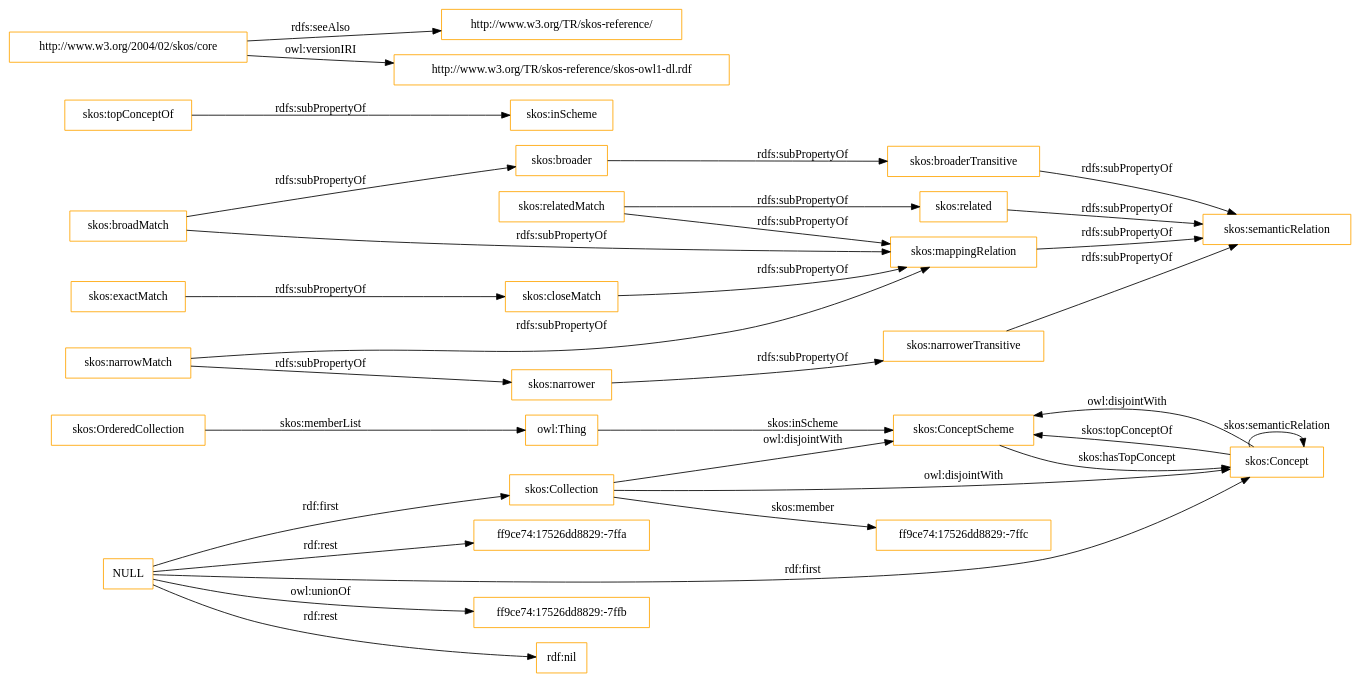
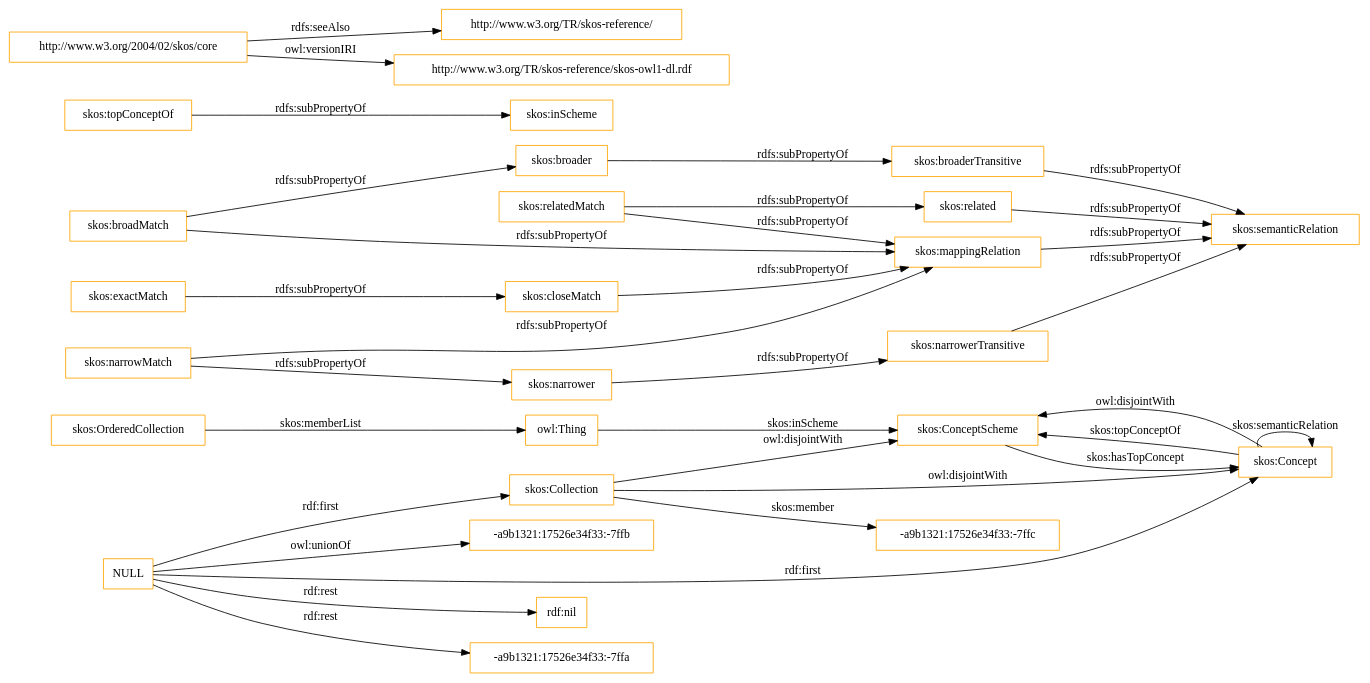
Before and after one commit to OnToologyUser/core-ontology-1: the diagram in OnToology/imports/skos.owl/diagrams/ar2dtool-class/skos.owl.png.dot, drawn with Graphviz. The commit also changed 14 other files, not shown here.

```diff
--- a/OnToology/imports/skos.owl/diagrams/ar2dtool-class/skos.owl.png.dot
+++ b/OnToology/imports/skos.owl/diagrams/ar2dtool-class/skos.owl.png.dot
@@ -1,37 +1,37 @@
 digraph ar2dtool_diagram { 
 rankdir=LR;
 size="1501"
-node [shape = rectangle, color="orange"]; "skos:OrderedCollection" "skos:ConceptScheme" "skos:Concept" "skos:Collection" "ff9ce74:17526dd8829:-7ffc" ; /*classes style*/
+node [shape = rectangle, color="orange"]; "skos:OrderedCollection" "skos:ConceptScheme" "skos:Concept" "skos:Collection" "-a9b1321:17526e34f33:-7ffc" ; /*classes style*/
 	"skos:narrowerTransitive" -> "skos:semanticRelation" [ label = "rdfs:subPropertyOf" ];
-	"NULL" -> "ff9ce74:17526dd8829:-7ffb" [ label = "owl:unionOf" ];
 	"NULL" -> "rdf:nil" [ label = "rdf:rest" ];
 	"NULL" -> "skos:Concept" [ label = "rdf:first" ];
-	"NULL" -> "ff9ce74:17526dd8829:-7ffa" [ label = "rdf:rest" ];
+	"NULL" -> "-a9b1321:17526e34f33:-7ffa" [ label = "rdf:rest" ];
 	"NULL" -> "skos:Collection" [ label = "rdf:first" ];
+	"NULL" -> "-a9b1321:17526e34f33:-7ffb" [ label = "owl:unionOf" ];
 	"skos:closeMatch" -> "skos:mappingRelation" [ label = "rdfs:subPropertyOf" ];
 	"skos:Concept" -> "skos:ConceptScheme" [ label = "owl:disjointWith" ];
 	"skos:relatedMatch" -> "skos:related" [ label = "rdfs:subPropertyOf" ];
 	"skos:relatedMatch" -> "skos:mappingRelation" [ label = "rdfs:subPropertyOf" ];
 	"skos:related" -> "skos:semanticRelation" [ label = "rdfs:subPropertyOf" ];
 	"skos:topConceptOf" -> "skos:inScheme" [ label = "rdfs:subPropertyOf" ];
 	"skos:broadMatch" -> "skos:mappingRelation" [ label = "rdfs:subPropertyOf" ];
 	"skos:broadMatch" -> "skos:broader" [ label = "rdfs:subPropertyOf" ];
 	"skos:exactMatch" -> "skos:closeMatch" [ label = "rdfs:subPropertyOf" ];
 	"skos:broaderTransitive" -> "skos:semanticRelation" [ label = "rdfs:subPropertyOf" ];
 	"skos:broader" -> "skos:broaderTransitive" [ label = "rdfs:subPropertyOf" ];
 	"skos:mappingRelation" -> "skos:semanticRelation" [ label = "rdfs:subPropertyOf" ];
 	"http://www.w3.org/2004/02/skos/core" -> "http://www.w3.org/TR/skos-reference/" [ label = "rdfs:seeAlso" ];
 	"http://www.w3.org/2004/02/skos/core" -> "http://www.w3.org/TR/skos-reference/skos-owl1-dl.rdf" [ label = "owl:versionIRI" ];
 	"skos:Collection" -> "skos:ConceptScheme" [ label = "owl:disjointWith" ];
 	"skos:Collection" -> "skos:Concept" [ label = "owl:disjointWith" ];
 	"skos:narrower" -> "skos:narrowerTransitive" [ label = "rdfs:subPropertyOf" ];
 	"skos:narrowMatch" -> "skos:narrower" [ label = "rdfs:subPropertyOf" ];
 	"skos:narrowMatch" -> "skos:mappingRelation" [ label = "rdfs:subPropertyOf" ];
 	"skos:OrderedCollection" -> "owl:Thing" [ label = "skos:memberList" ];
 	"skos:Concept" -> "skos:ConceptScheme" [ label = "skos:topConceptOf" ];
 	"skos:Concept" -> "skos:Concept" [ label = "skos:semanticRelation" ];
-	"skos:Collection" -> "ff9ce74:17526dd8829:-7ffc" [ label = "skos:member" ];
+	"skos:Collection" -> "-a9b1321:17526e34f33:-7ffc" [ label = "skos:member" ];
 	"skos:ConceptScheme" -> "skos:Concept" [ label = "skos:hasTopConcept" ];
 	"owl:Thing" -> "skos:ConceptScheme" [ label = "skos:inScheme" ];
 
 }
```
